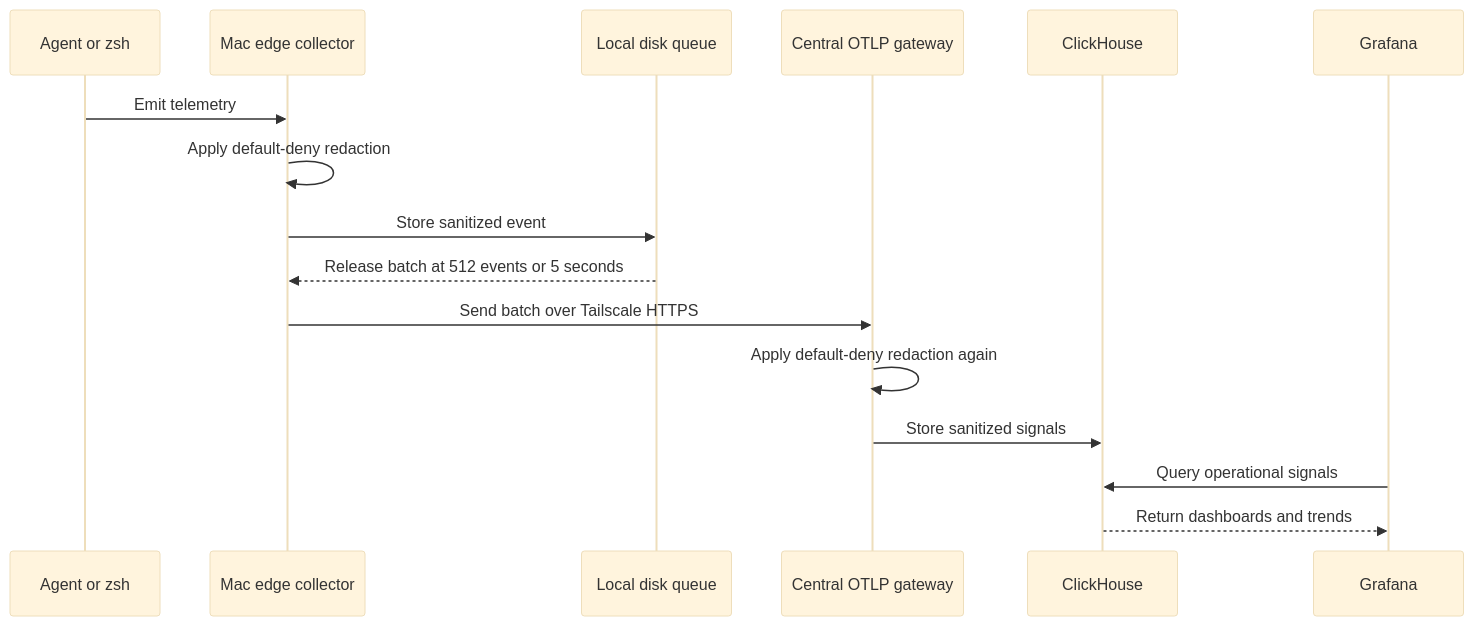
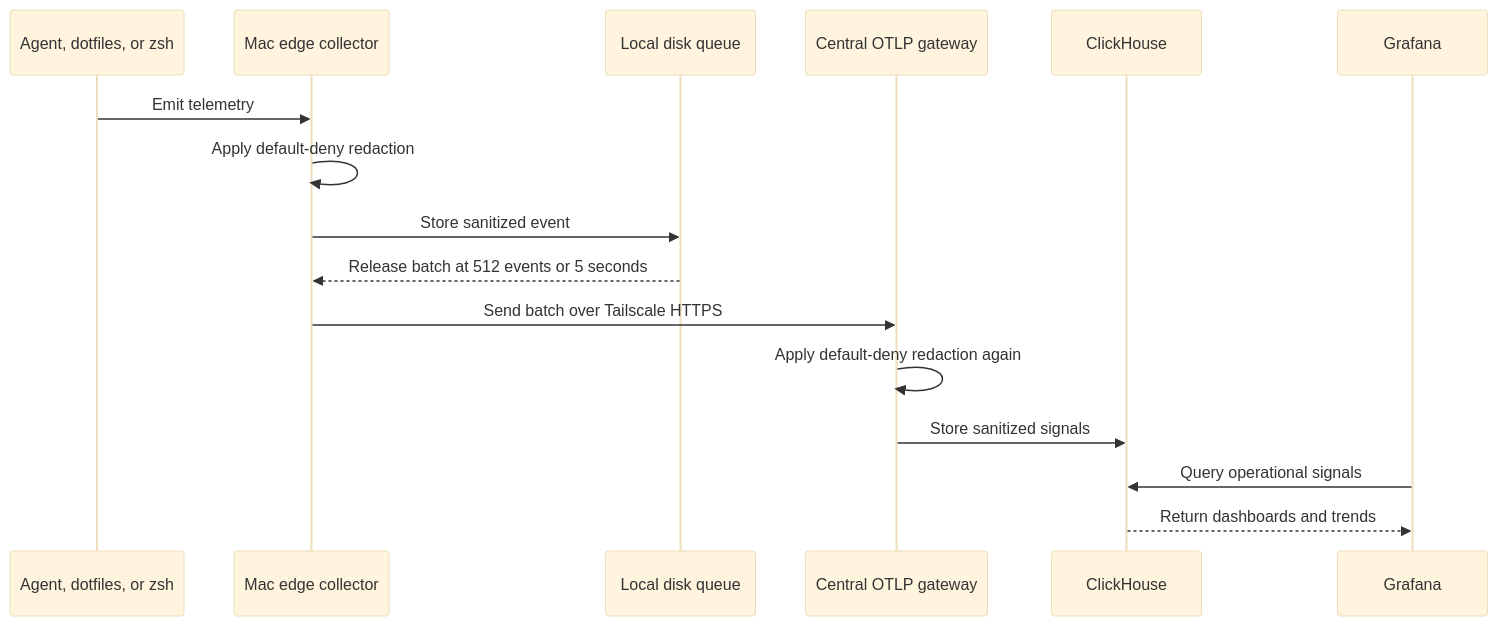
Before and after one commit to yowainwright/hnet: the second of 2 diagrams in README.md, drawn with Mermaid (base theme). The commit also changed other lines of this file and 10 other files, not shown here.

````diff
--- a/README.md
+++ b/README.md
@@ -50,19 +50,19 @@
 ```mermaid
 sequenceDiagram
-  participant Source as Agent or zsh
+  participant Source as Agent, dotfiles, or zsh
   participant Edge as Mac edge collector
   participant Queue as Local disk queue
   participant Gateway as Central OTLP gateway
   participant Store as ClickHouse
   participant Dashboard as Grafana
 
   Source->>Edge: Emit telemetry
   Edge->>Edge: Apply default-deny redaction
   Edge->>Queue: Store sanitized event
   Queue-->>Edge: Release batch at 512 events or 5 seconds
   Edge->>Gateway: Send batch over Tailscale HTTPS
   Gateway->>Gateway: Apply default-deny redaction again
   Gateway->>Store: Store sanitized signals
   Dashboard->>Store: Query operational signals
   Store-->>Dashboard: Return dashboards and trends
 ```
````
